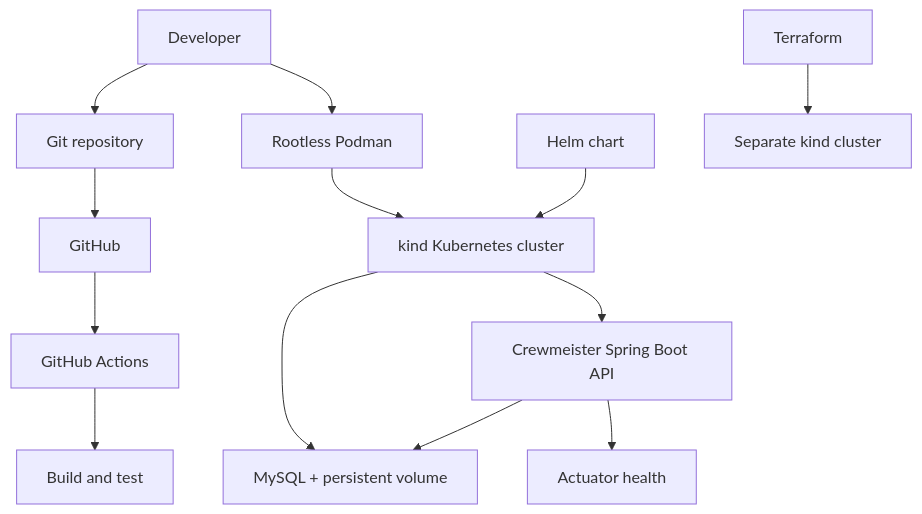
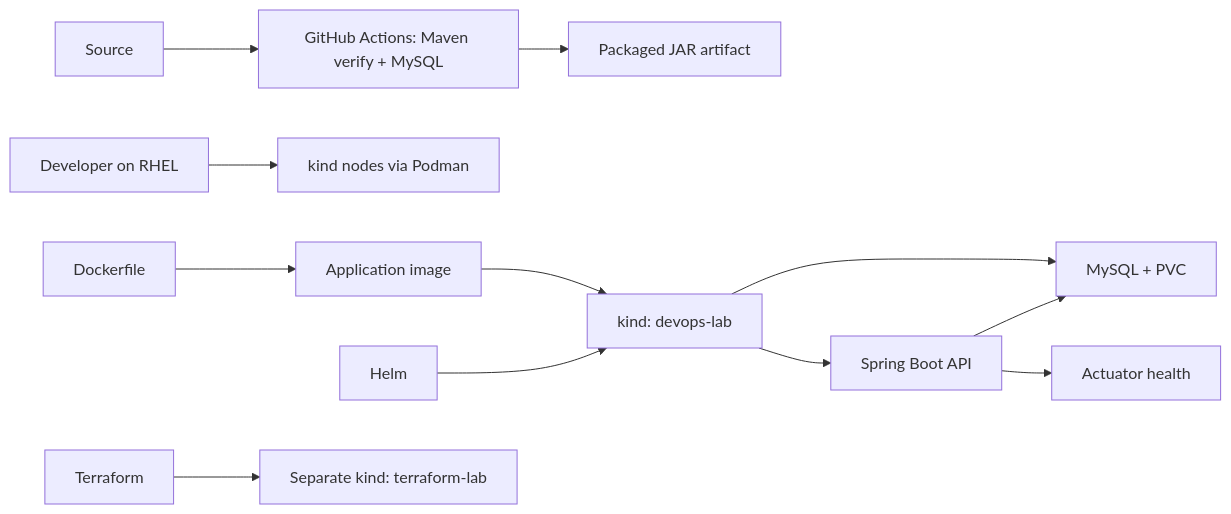
One commit to DaudCloud-sudo/crewmeister-devops-challenge changed the diagram in README.md. Above: the diagram before and after it, drawn with Mermaid. The commit also changed other lines of this file and 9 other files, not shown here.

````diff
--- a/README.md
+++ b/README.md
@@ -20,15 +5,14 @@
 ```mermaid
-flowchart TD
-    Dev[Developer] --> Git[Git repository]
-    Git --> GH[GitHub]
-    GH --> CI[GitHub Actions]
-    CI --> Test[Build and test]
-    Dev --> Podman[Rootless Podman]
-    Podman --> Kind[kind Kubernetes cluster]
-    Helm[Helm chart] --> Kind
-    Kind --> App[Crewmeister Spring Boot API]
-    Kind --> DB[MySQL + persistent volume]
-    App --> DB
-    App --> Health[Actuator health]
-    TF[Terraform] --> TFCluster[Separate kind cluster]
+flowchart LR
+  Source --> Maven[GitHub Actions: Maven verify + MySQL]
+  Maven --> Jar[Packaged JAR artifact]
+  Local[Developer on RHEL] --> Podman[kind nodes via Podman]
+  Dockerfile --> Image[Application image]
+  Image --> Devops[kind: devops-lab]
+  Helm --> Devops
+  Devops --> App[Spring Boot API]
+  Devops --> MySQL[MySQL + PVC]
+  App --> MySQL
+  App --> Health[Actuator health]
+  Terraform --> TerraformLab[Separate kind: terraform-lab]
 ```
````
